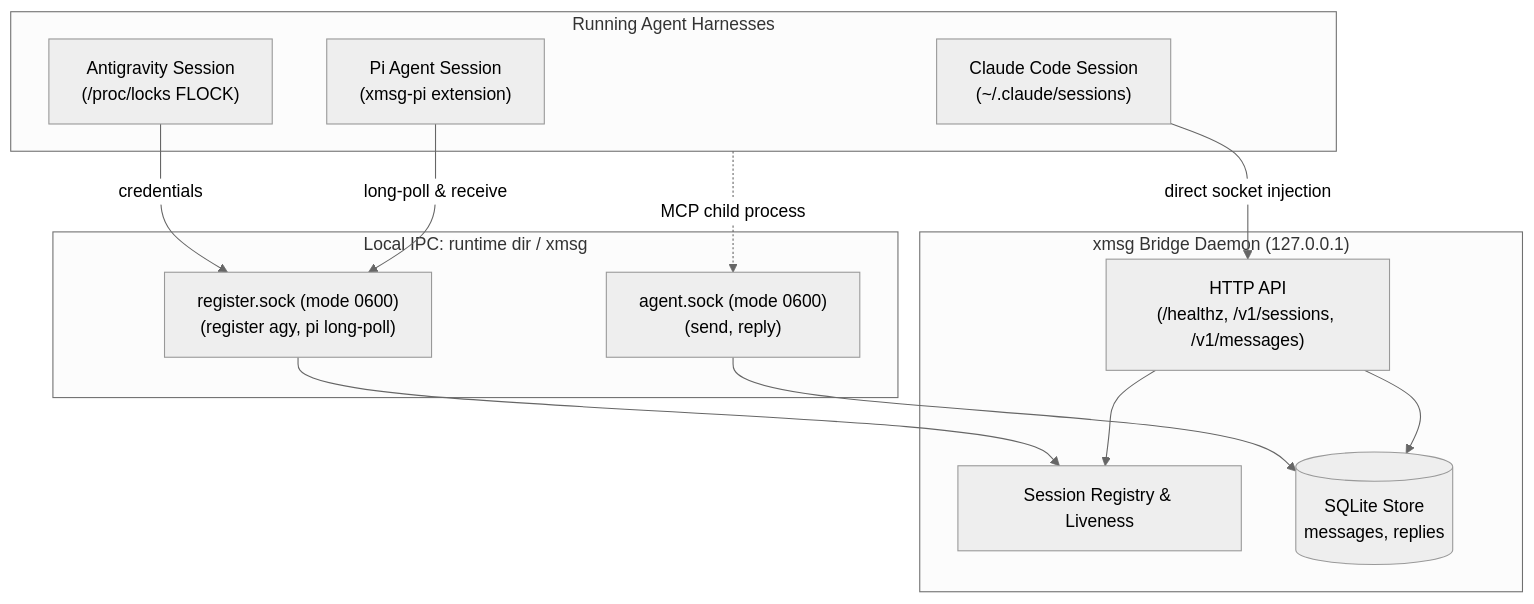
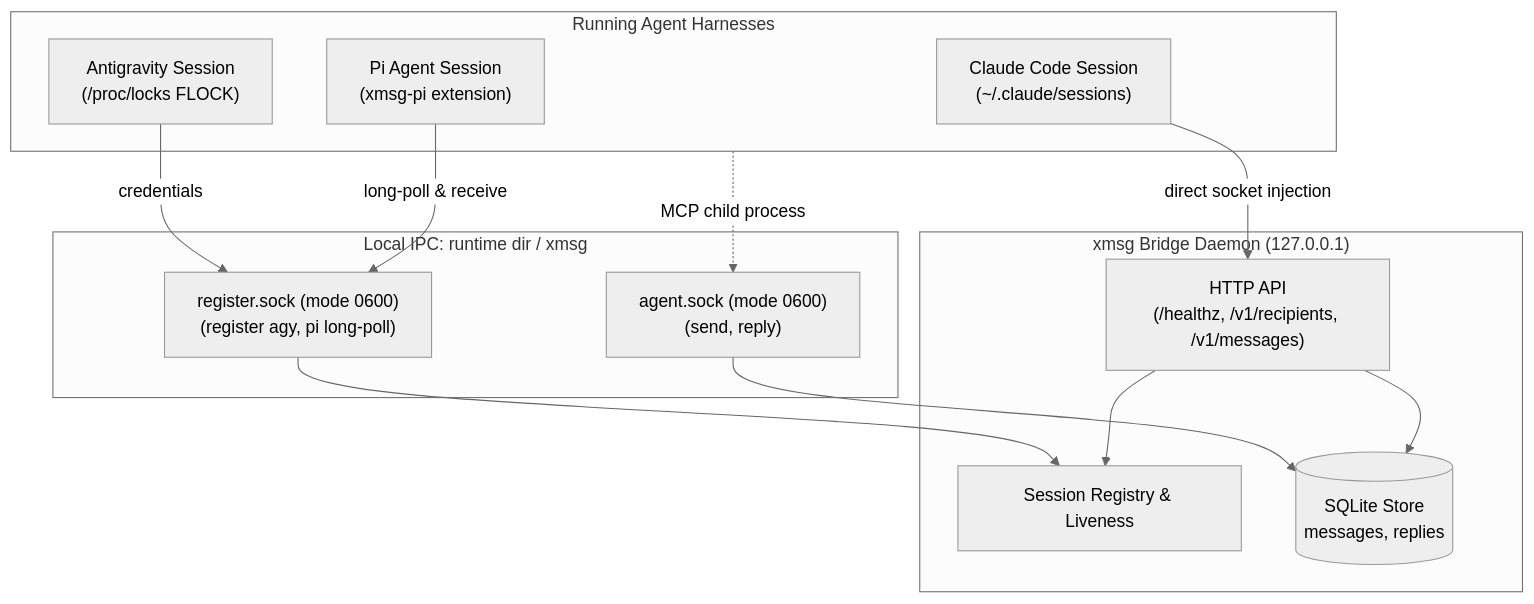
One commit to nolith/xmsg changed the diagram in README.md. Above: the diagram before and after it, drawn with Mermaid (neutral theme). The commit also changed other lines of this file and 53 other files, not shown here.

````diff
--- a/README.md
+++ b/README.md
@@ -62,28 +62,28 @@
 ```mermaid
 flowchart TD
   subgraph Harnesses["Running Agent Harnesses"]
     Claude["Claude Code Session<br/>(~/.claude/sessions)"]
     Agy["Antigravity Session<br/>(/proc/locks FLOCK)"]
     Pi["Pi Agent Session<br/>(xmsg-pi extension)"]
   end
 
   subgraph IPC["Local IPC: runtime dir / xmsg"]
     AgentSock["agent.sock (mode 0600)<br/>(send, reply)"]
     RegisterSock["register.sock (mode 0600)<br/>(register agy, pi long-poll)"]
   end
 
   subgraph Bridge["xmsg Bridge Daemon (127.0.0.1)"]
     Registry["Session Registry & Liveness"]
     Store[("SQLite Store<br/>messages, replies")]
-    HTTP["HTTP API<br/>(/healthz, /v1/sessions, /v1/messages)"]
+    HTTP["HTTP API<br/>(/healthz, /v1/recipients, /v1/messages)"]
   end
 
   Claude -->|direct socket injection| HTTP
   Agy -->|credentials| RegisterSock
   Pi -->|long-poll & receive| RegisterSock
   Harnesses -.->|MCP child process| AgentSock
   AgentSock --> Store
   RegisterSock --> Registry
   HTTP --> Store
   HTTP --> Registry
 ```
````
